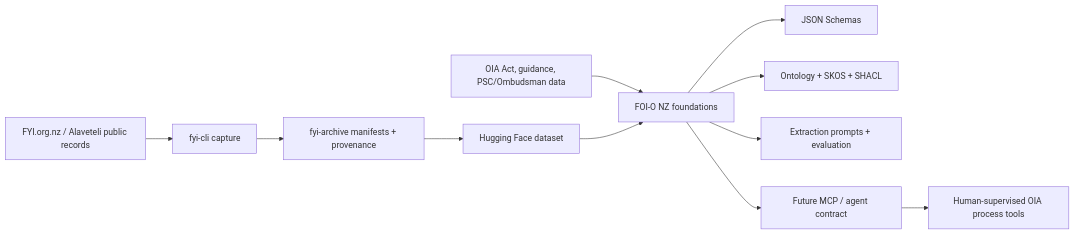
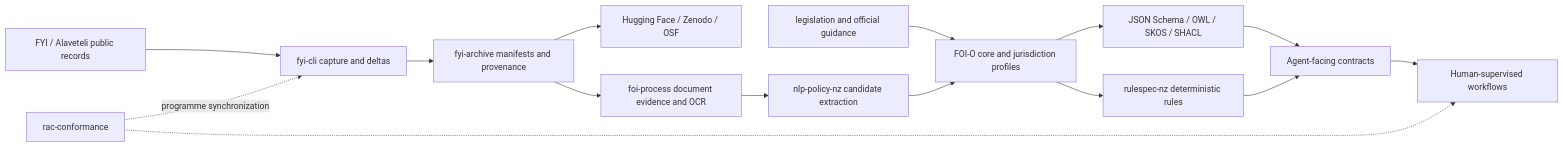
One commit to edithatogo/foi-o changed the diagram in docs/02-system-architecture.md. Above: the diagram before and after it, drawn with Mermaid. The commit also changed other lines of this file and 4 other files, not shown here.

Commit message:
docs: update FOI programme architecture and status

````diff
--- a/docs/02-system-architecture.md
+++ b/docs/02-system-architecture.md
@@ -5,13 +8,17 @@
 ```mermaid
 flowchart LR
-  A[OIA Act, guidance, PSC/Ombudsman data] --> F[FOI-O NZ foundations]
-  B[FYI.org.nz / Alaveteli public records] --> C[fyi-cli capture]
-  C --> D[fyi-archive manifests + provenance]
-  D --> E[Hugging Face dataset]
-  E --> F
-  F --> G[JSON Schemas]
-  F --> H[Ontology + SKOS + SHACL]
-  F --> I[Extraction prompts + evaluation]
-  F --> J[Future MCP / agent contract]
-  J --> K[Human-supervised OIA process tools]
+  A[FYI / Alaveteli public records] --> B[fyi-cli capture and deltas]
+  B --> C[fyi-archive manifests and provenance]
+  C --> D[Hugging Face / Zenodo / OSF]
+  C --> E[foi-process document evidence and OCR]
+  E --> F[nlp-policy-nz candidate extraction]
+  G[legislation and official guidance] --> H[FOI-O core and jurisdiction profiles]
+  F --> H
+  H --> I[JSON Schema / OWL / SKOS / SHACL]
+  H --> J[rulespec-nz deterministic rules]
+  I --> K[Agent-facing contracts]
+  J --> K
+  K --> L[Human-supervised workflows]
+  M[rac-conformance] -. programme synchronization .-> B
+  M -.-> L
 ```
````
